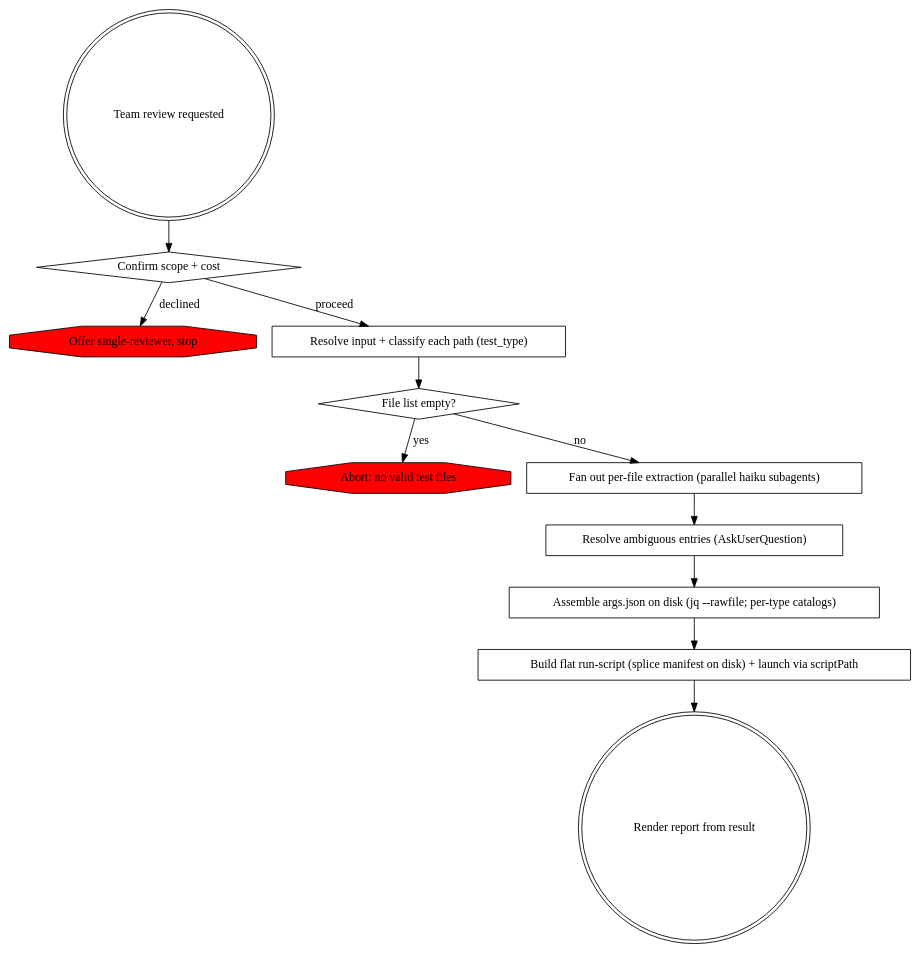
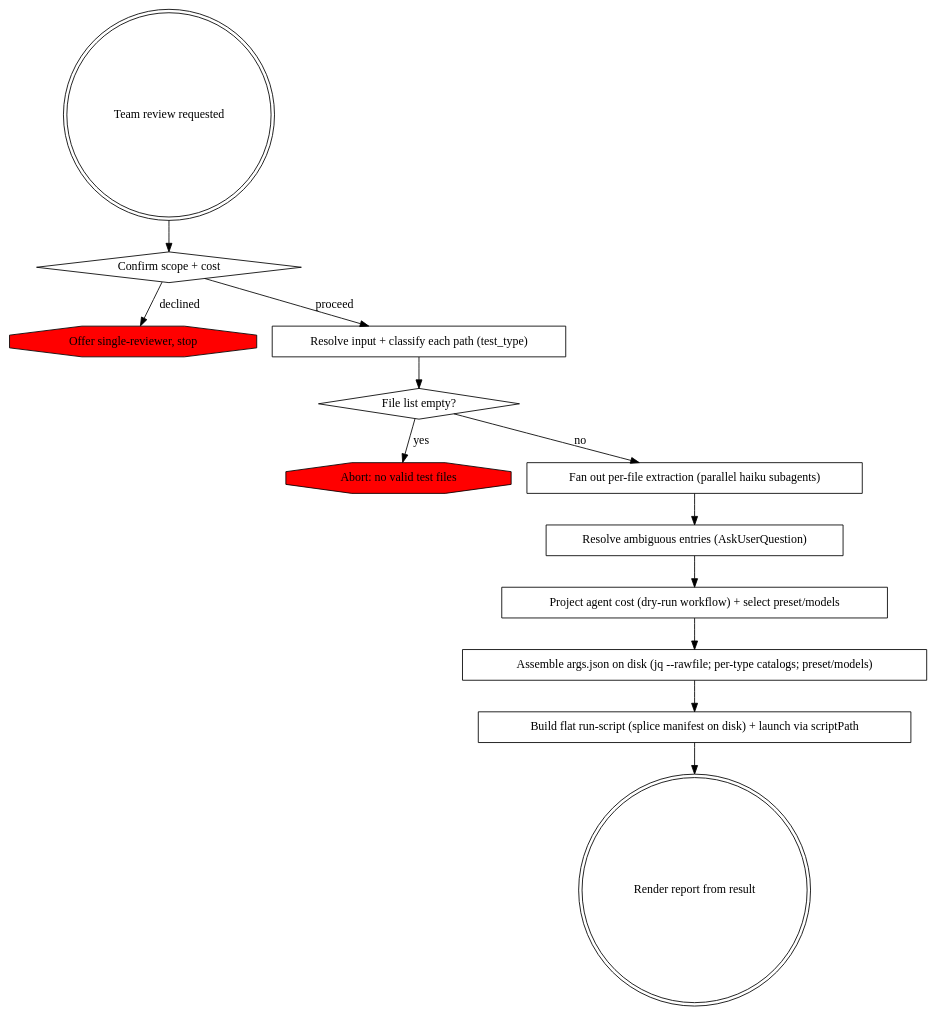
One commit to shopwareLabs/ai-coding-tools changed the diagram in plugins/test-writing/skills/phpunit-test-team-reviewing/SKILL.md. Above: the diagram before and after it, drawn with Graphviz. The commit also changed other lines of this file and 22 other files, not shown here.

````diff
--- a/plugins/test-writing/skills/phpunit-test-team-reviewing/SKILL.md
+++ b/plugins/test-writing/skills/phpunit-test-team-reviewing/SKILL.md
@@ -12,26 +12,28 @@
 ```dot
 digraph team_review {
   "Team review requested" [shape=doublecircle];
   "Confirm scope + cost" [shape=diamond];
   "Offer single-reviewer, stop" [shape=octagon, style=filled, fillcolor=red];
   "Resolve input + classify each path (test_type)" [shape=box];
   "File list empty?" [shape=diamond];
   "Abort: no valid test files" [shape=octagon, style=filled, fillcolor=red];
   "Fan out per-file extraction (parallel haiku subagents)" [shape=box];
   "Resolve ambiguous entries (AskUserQuestion)" [shape=box];
-  "Assemble args.json on disk (jq --rawfile; per-type catalogs)" [shape=box];
+  "Project agent cost (dry-run workflow) + select preset/models" [shape=box];
+  "Assemble args.json on disk (jq --rawfile; per-type catalogs; preset/models)" [shape=box];
   "Build flat run-script (splice manifest on disk) + launch via scriptPath" [shape=box];
   "Render report from result" [shape=doublecircle];
 
   "Team review requested" -> "Confirm scope + cost";
   "Confirm scope + cost" -> "Offer single-reviewer, stop" [label="declined"];
   "Confirm scope + cost" -> "Resolve input + classify each path (test_type)" [label="proceed"];
   "Resolve input + classify each path (test_type)" -> "File list empty?";
   "File list empty?" -> "Abort: no valid test files" [label="yes"];
   "File list empty?" -> "Fan out per-file extraction (parallel haiku subagents)" [label="no"];
   "Fan out per-file extraction (parallel haiku subagents)" -> "Resolve ambiguous entries (AskUserQuestion)";
-  "Resolve ambiguous entries (AskUserQuestion)" -> "Assemble args.json on disk (jq --rawfile; per-type catalogs)";
-  "Assemble args.json on disk (jq --rawfile; per-type catalogs)" -> "Build flat run-script (splice manifest on disk) + launch via scriptPath";
+  "Resolve ambiguous entries (AskUserQuestion)" -> "Project agent cost (dry-run workflow) + select preset/models";
+  "Project agent cost (dry-run workflow) + select preset/models" -> "Assemble args.json on disk (jq --rawfile; per-type catalogs; preset/models)";
+  "Assemble args.json on disk (jq --rawfile; per-type catalogs; preset/models)" -> "Build flat run-script (splice manifest on disk) + launch via scriptPath";
   "Build flat run-script (splice manifest on disk) + launch via scriptPath" -> "Render report from result";
 }
 ```
````
